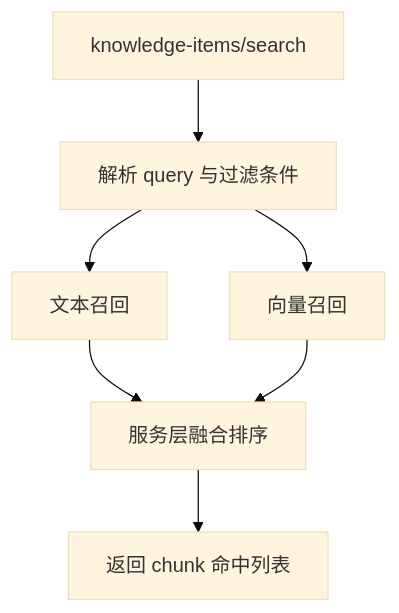
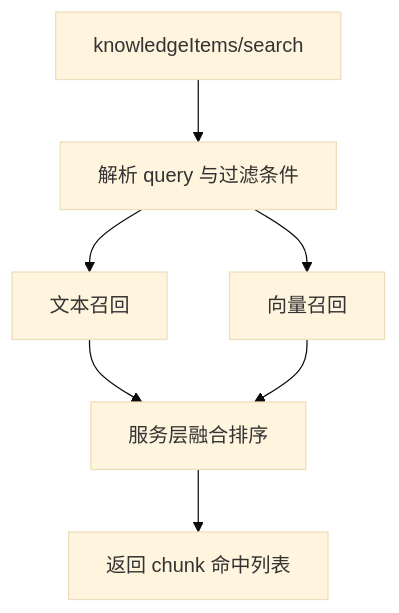
The seventh of 7 diagrams in docs/modules/knowledge/process.md (beyonai/ByKC), drawn with Mermaid (base theme) before and after one commit. The commit also changed 15 other files, not shown here.

Commit message:
fix: knowledge items URL supports camel case

````diff
--- a/docs/modules/knowledge/process.md
+++ b/docs/modules/knowledge/process.md
@@ -112,9 +112,9 @@
 ```mermaid
 flowchart TD
-    A["knowledge-items/search"] --> B["解析 query 与过滤条件"]
+    A["knowledgeItems/search"] --> B["解析 query 与过滤条件"]
     B --> C["文本召回"]
     B --> D["向量召回"]
     C --> E["服务层融合排序"]
     D --> E
     E --> F["返回 chunk 命中列表"]
 ```
````
